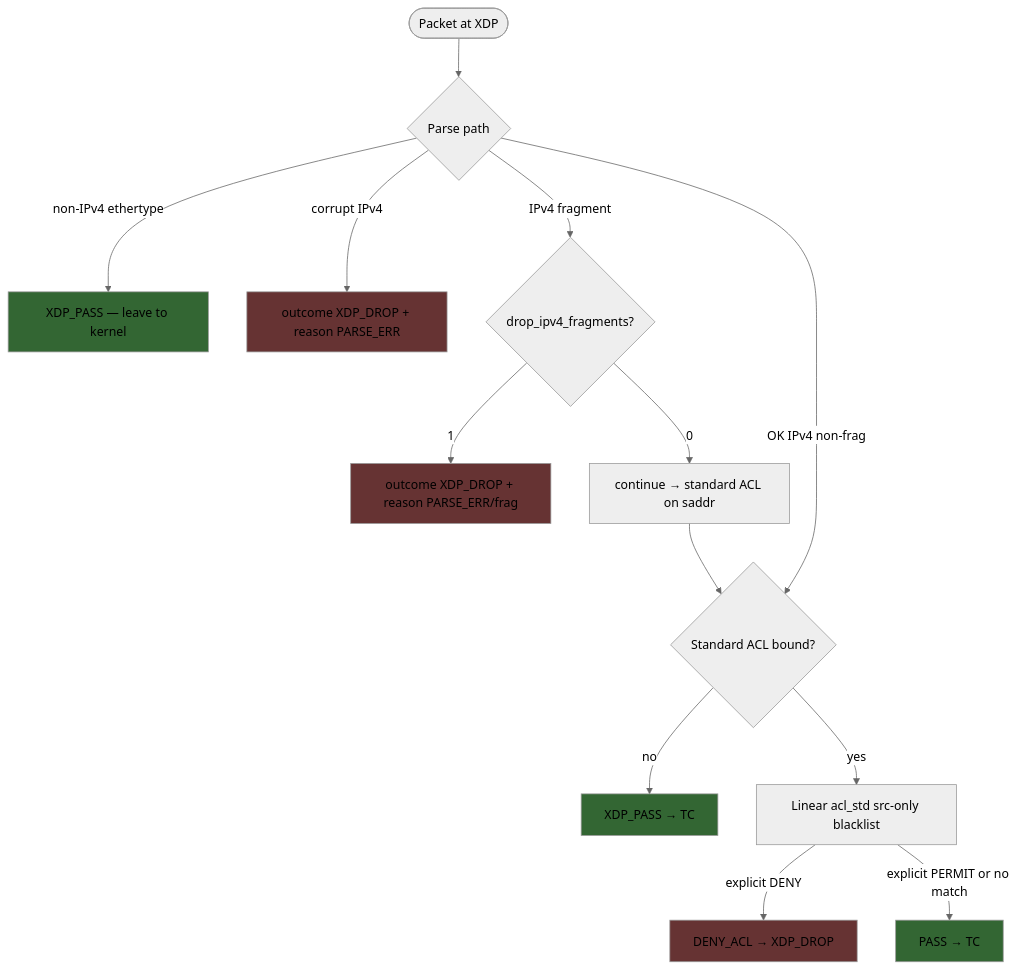
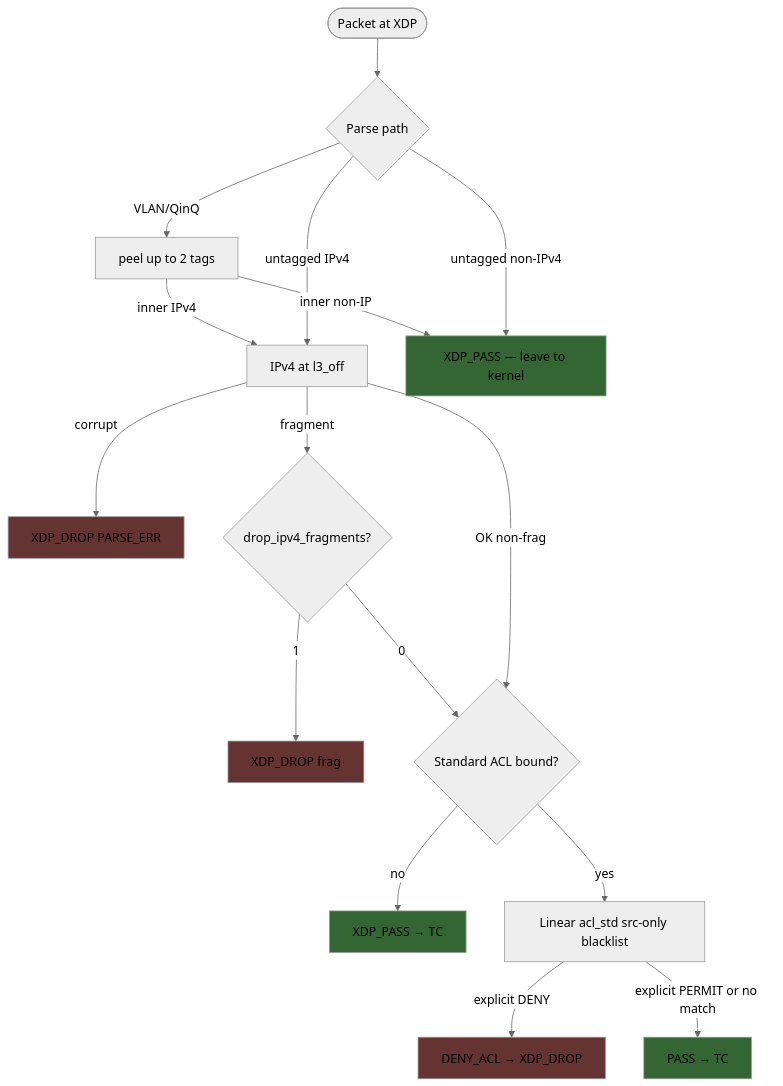
The second of 6 diagrams in docs/design.md (lynch1981/mini-fw), drawn with Mermaid (neutral theme) before and after one commit. The commit also changed other lines of this file, not shown here.

````diff
--- a/docs/design.md
+++ b/docs/design.md
@@ -255,22 +257,25 @@
 ```mermaid
 flowchart TD
   START([Packet at XDP]) --> PARSE{Parse path}
-  PARSE -->|non-IPv4 ethertype| PASS_NON[XDP_PASS — leave to kernel]
-  PARSE -->|corrupt IPv4| DROP_P[outcome XDP_DROP + reason PARSE_ERR]
-  PARSE -->|IPv4 fragment| FRAG{drop_ipv4_fragments?}
-  FRAG -->|1| DROP_F[outcome XDP_DROP + reason PARSE_ERR/frag]
-  FRAG -->|0| STD_F[continue → standard ACL on saddr]
-  PARSE -->|OK IPv4 non-frag| STD{Standard ACL bound?}
-  STD_F --> STD
+  PARSE -->|VLAN/QinQ| PEEL[peel up to 2 tags]
+  PEEL -->|inner IPv4| IP[IPv4 at l3_off]
+  PEEL -->|inner non-IP| PASS_NON[XDP_PASS — leave to kernel]
+  PARSE -->|untagged non-IPv4| PASS_NON
+  PARSE -->|untagged IPv4| IP
+  IP -->|corrupt| DROP_P[XDP_DROP PARSE_ERR]
+  IP -->|fragment| FRAG{drop_ipv4_fragments?}
+  FRAG -->|1| DROP_F[XDP_DROP frag]
+  FRAG -->|0| STD
+  IP -->|OK non-frag| STD{Standard ACL bound?}
   STD -->|no| PASS_S[XDP_PASS → TC]
   STD -->|yes| ACL[Linear acl_std src-only blacklist]
   ACL -->|explicit DENY| D1[DENY_ACL → XDP_DROP]
   ACL -->|explicit PERMIT or no match| A1[PASS → TC]
 
   style D1 fill:#633
   style DROP_P fill:#633
   style DROP_F fill:#633
   style A1 fill:#363
   style PASS_S fill:#363
   style PASS_NON fill:#363
 ```
````
